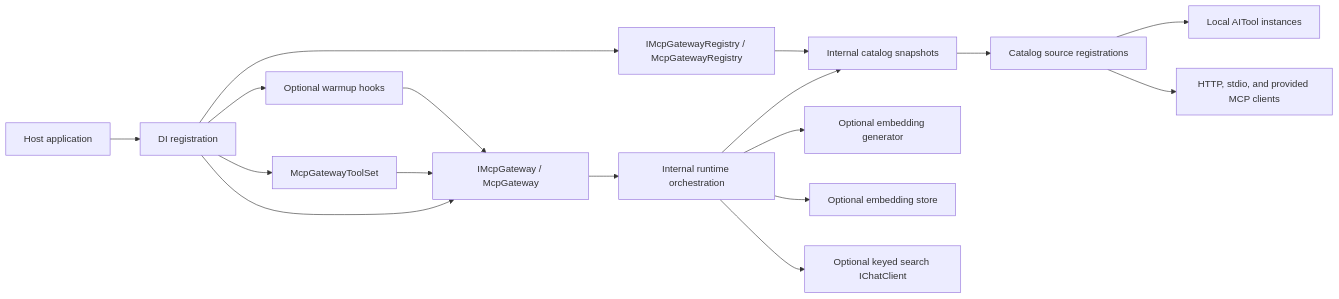
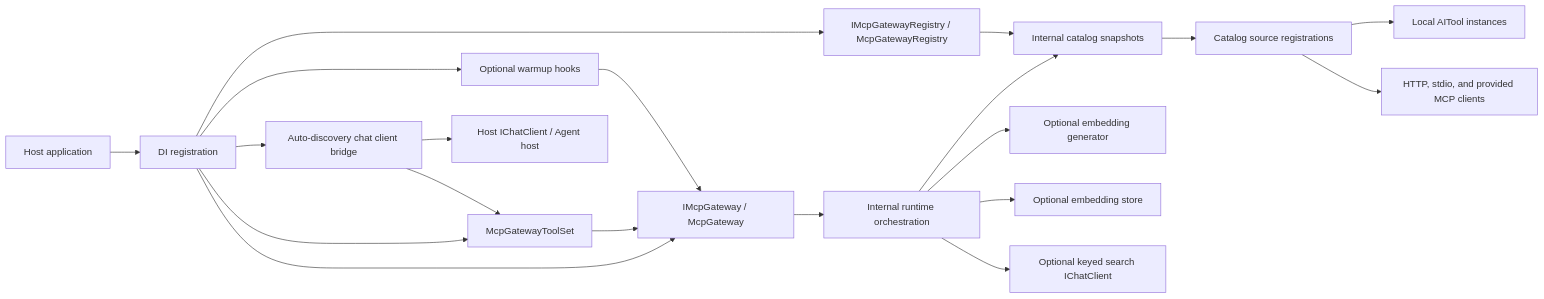
One commit to pokshiu/MCPGateway changed the first of 3 diagrams in docs/Architecture/Overview.md. Above: the diagram before and after it, drawn with Mermaid. The commit also changed other lines of this file and 17 other files, not shown here.

Commit message:
Add MCP gateway auto-discovery integrations

````diff
--- a/docs/Architecture/Overview.md
+++ b/docs/Architecture/Overview.md
@@ -31,19 +33,22 @@
 ```mermaid
 flowchart LR
     Host["Host application"] --> DI["DI registration"]
     DI --> Facade["IMcpGateway / McpGateway"]
     DI --> Registry["IMcpGatewayRegistry / McpGatewayRegistry"]
     DI --> ToolSet["McpGatewayToolSet"]
+    DI --> AutoDiscovery["Auto-discovery chat client bridge"]
     DI --> Warmup["Optional warmup hooks"]
     ToolSet --> Facade
+    AutoDiscovery --> ToolSet
+    AutoDiscovery --> HostChat["Host IChatClient / Agent host"]
     Warmup --> Facade
     Facade --> Runtime["Internal runtime orchestration"]
     Runtime --> Catalog["Internal catalog snapshots"]
     Registry --> Catalog
     Catalog --> Sources["Catalog source registrations"]
     Sources --> Local["Local AITool instances"]
     Sources --> MCP["HTTP, stdio, and provided MCP clients"]
     Runtime --> Embedder["Optional embedding generator"]
     Runtime --> Store["Optional embedding store"]
     Runtime --> Normalizer["Optional keyed search IChatClient"]
 ```
````
